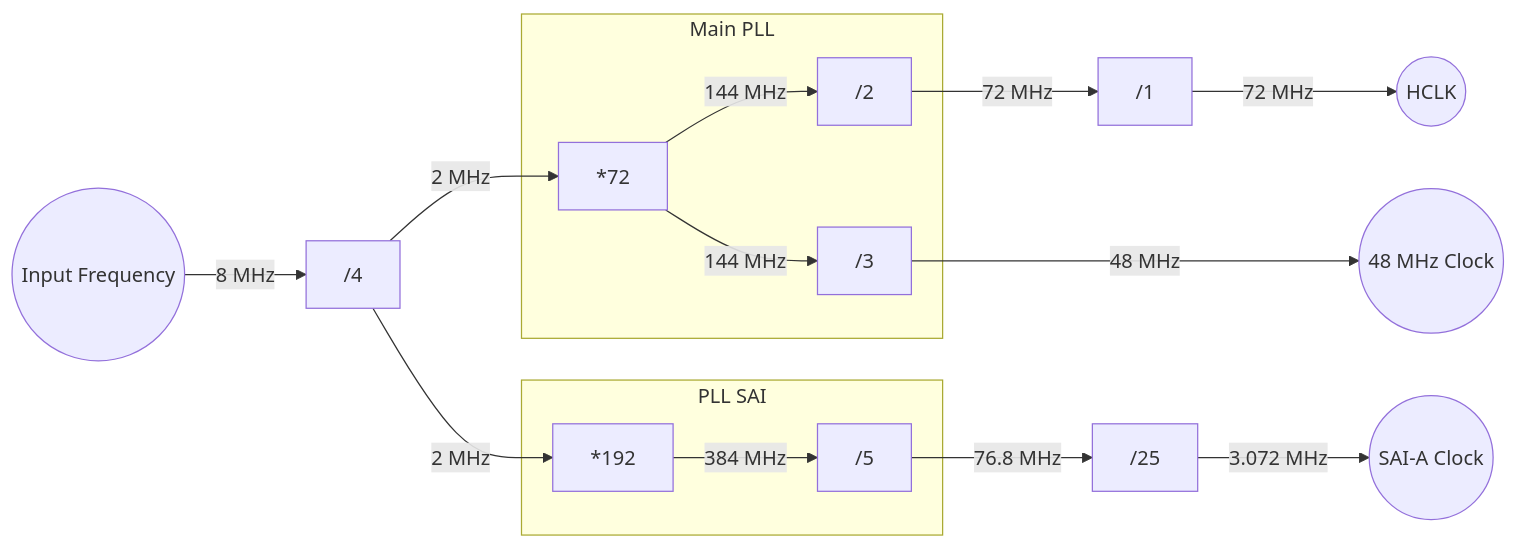
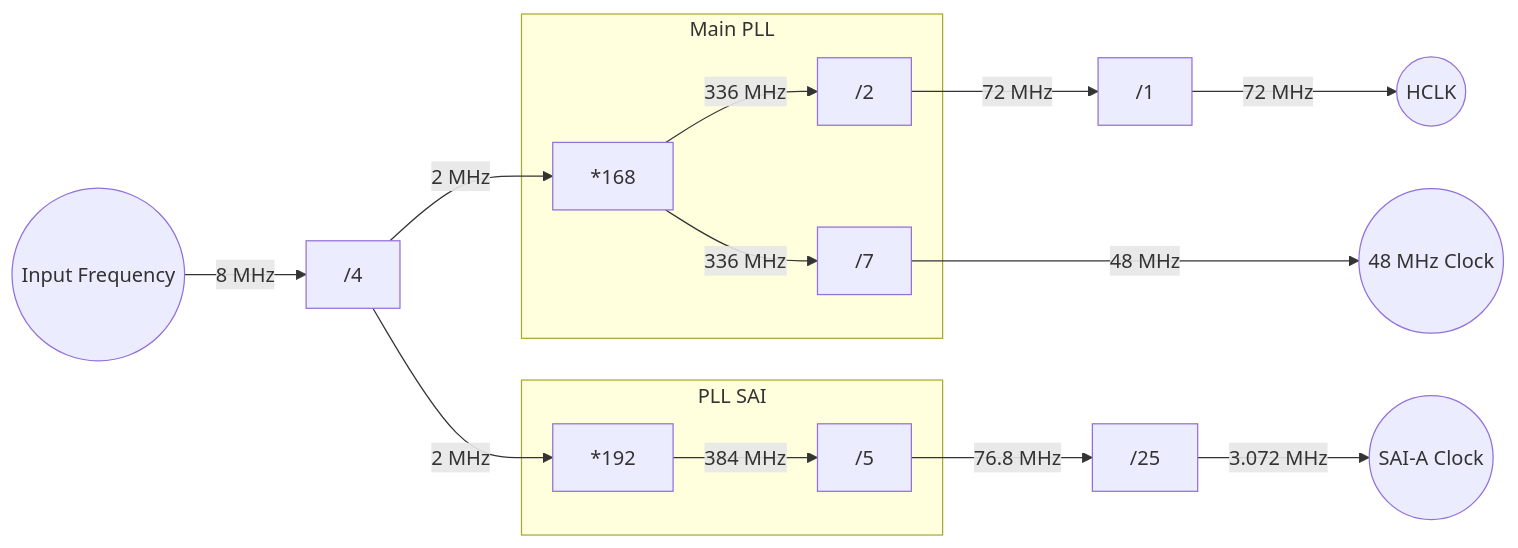
Before and after one commit to piwithy/stm32pdm: the second of 6 diagrams in 03_Embedding/digital_recorder/readme.md, drawn with Mermaid. The commit also changed other lines of this file, not shown here.

````diff
--- a/03_Embedding/digital_recorder/readme.md
+++ b/03_Embedding/digital_recorder/readme.md
@@ -250,35 +252,35 @@
  ```mermaid
  graph LR
  INPUT(("Input Frequency"))
  HCLK(("HCLK"))
  48M_CLK(("48 MHz Clock"))
  SAI_A_CLK(("SAI-A Clock"))
      DIVIDE_M["/4"]
-     MPLL_MULTIPLY_N[*72]
+     MPLL_MULTIPLY_N[*168]
      MPLL_DIVIDE_P["/2"]
-     MPLL_DIVIDE_Q["/3"]
+     MPLL_DIVIDE_Q["/7"]
      AHB_PRESCALER["/1"]
      PLL_SAIQCLK["/25"]
      SPLL_MULTIPLY_N["*192"]
      SPLL_DIVIDE_Q["/5"]
 
 
      subgraph Main PLL
-         MPLL_MULTIPLY_N -->|"144 MHz"| MPLL_DIVIDE_P;
-         MPLL_MULTIPLY_N -->|"144 MHz"| MPLL_DIVIDE_Q;
+         MPLL_MULTIPLY_N -->|"336 MHz"| MPLL_DIVIDE_P;
+         MPLL_MULTIPLY_N -->|"336 MHz"| MPLL_DIVIDE_Q;
      end;
 
      subgraph PLL SAI
         SPLL_MULTIPLY_N -->|"384 MHz"| SPLL_DIVIDE_Q;
      end
 
      INPUT -->|"8 MHz"| DIVIDE_M;
      DIVIDE_M -->|"2 MHz"| MPLL_MULTIPLY_N;
      DIVIDE_M -->|"2 MHz"| SPLL_MULTIPLY_N
      MPLL_DIVIDE_P -->|"72 MHz"| AHB_PRESCALER;
      MPLL_DIVIDE_Q --->|"48 MHz"| 48M_CLK
      AHB_PRESCALER -->|"72 MHz"|HCLK;
 
      SPLL_DIVIDE_Q -->|"76.8 MHz"| PLL_SAIQCLK;
      PLL_SAIQCLK-->|"3.072 MHz"|SAI_A_CLK;
  ```
````
